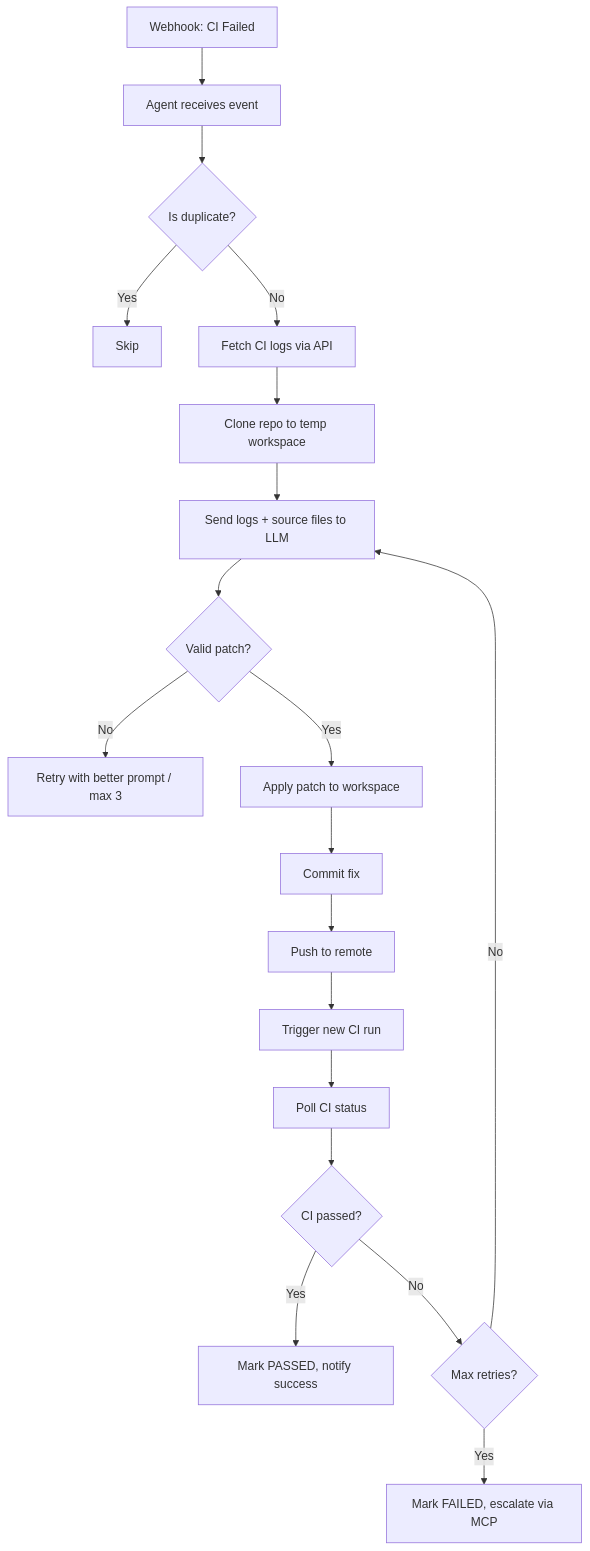
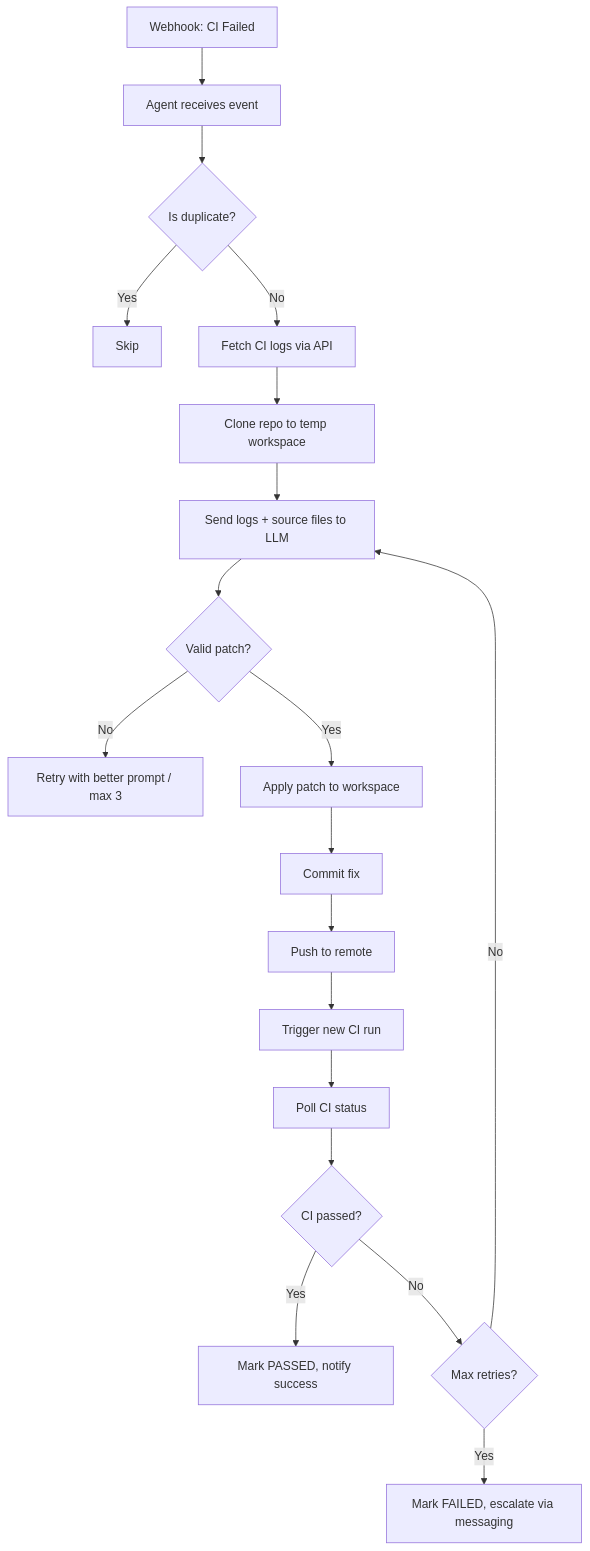
One commit to darshan192004/CI-review-agent changed the diagram in docs/PRODUCT_AND_TECHNICAL_DOCUMENTATION.md. Above: the diagram before and after it, drawn with Mermaid. The commit also changed other lines of this file and 27 other files, not shown here.

Commit message:
feat: replace MCP messaging with in-process webhook notifications for Mattermost/Slack/Discord/Telegram

````diff
--- a/docs/PRODUCT_AND_TECHNICAL_DOCUMENTATION.md
+++ b/docs/PRODUCT_AND_TECHNICAL_DOCUMENTATION.md
@@ -109,21 +109,21 @@
 ```mermaid
 graph TD
     A[Webhook: CI Failed] --> B[Agent receives event]
     B --> C{Is duplicate?}
     C -->|Yes| Z[Skip]
     C -->|No| D[Fetch CI logs via API]
     D --> E[Clone repo to temp workspace]
     E --> F[Send logs + source files to LLM]
     F --> G{Valid patch?}
     G -->|No| H[Retry with better prompt / max 3]
     G -->|Yes| I[Apply patch to workspace]
     I --> J[Commit fix]
     J --> K[Push to remote]
     K --> L[Trigger new CI run]
     L --> M[Poll CI status]
     M --> N{CI passed?}
     N -->|Yes| O[Mark PASSED, notify success]
     N -->|No| P{Max retries?}
     P -->|No| F
-    P -->|Yes| Q[Mark FAILED, escalate via MCP]
+    P -->|Yes| Q[Mark FAILED, escalate via messaging]
 ```
````
